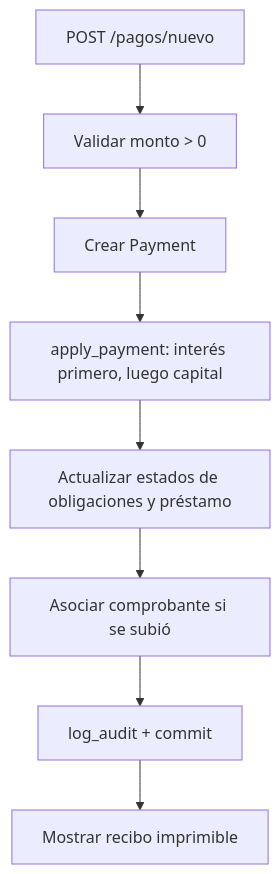
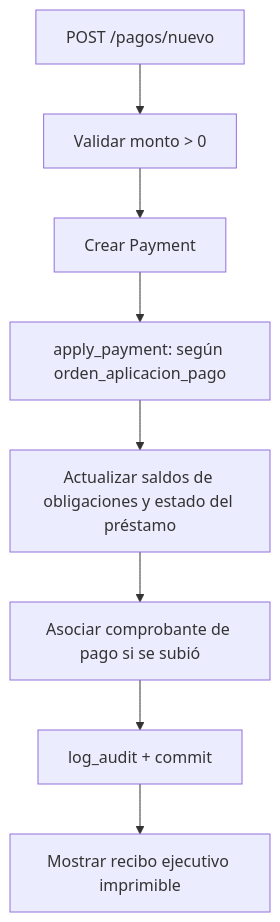
The fourth of 4 diagrams in docs/08-manual-tecnico.md (Thel-Vatham/cobranza-app), drawn with Mermaid before and after one commit. The commit also changed other lines of this file and 20 other files, not shown here.

````diff
--- a/docs/08-manual-tecnico.md
+++ b/docs/08-manual-tecnico.md
@@ -409,10 +405,10 @@
 ```mermaid
 flowchart TD
     A[POST /pagos/nuevo] --> B[Validar monto > 0]
     B --> C[Crear Payment]
-    C --> D[apply_payment: interés primero, luego capital]
-    D --> E[Actualizar estados de obligaciones y préstamo]
-    E --> F[Asociar comprobante si se subió]
+    C --> D[apply_payment: según orden_aplicacion_pago]
+    D --> E[Actualizar saldos de obligaciones y estado del préstamo]
+    E --> F[Asociar comprobante de pago si se subió]
     F --> G[log_audit + commit]
-    G --> H[Mostrar recibo imprimible]
+    G --> H[Mostrar recibo ejecutivo imprimible]
 ```
````
